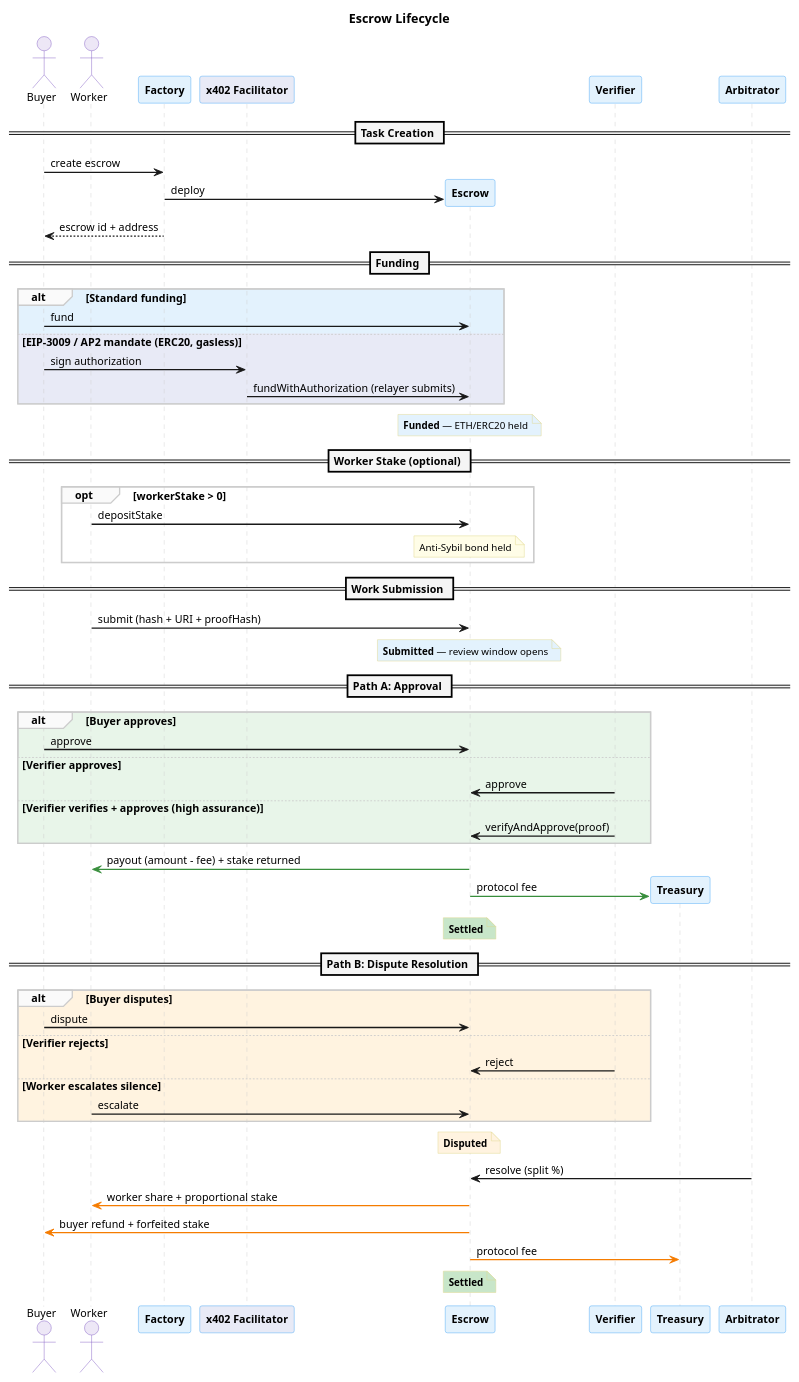
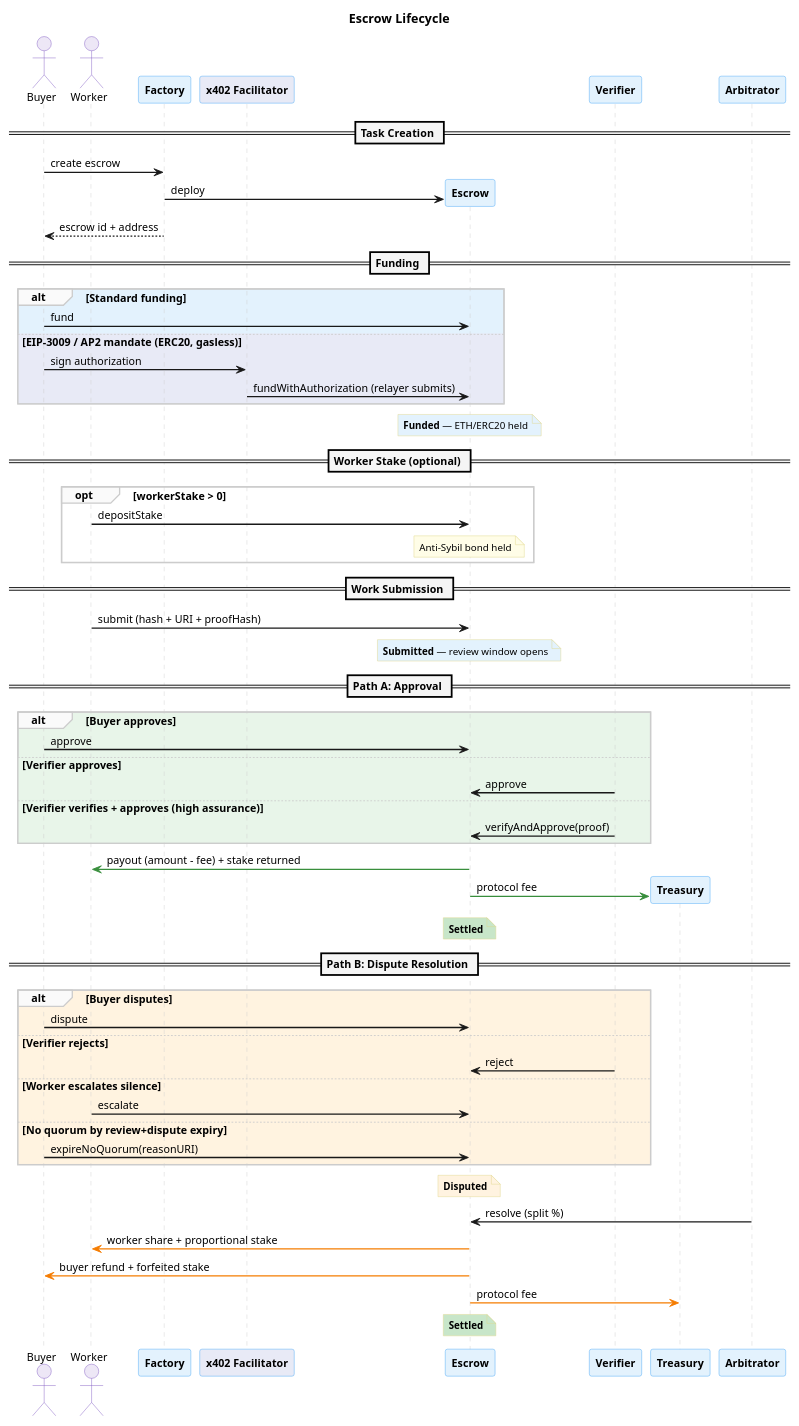
The first of 5 diagrams in docs/diagrams/lifecycle-sequence.puml (eddiefleurent/agent-escrow), drawn with PlantUML before and after one commit. The commit also changed 13 other files, not shown here.

First line of the commit message:
fix: add no-quorum expiry while preserving contract size limits

```diff
--- a/docs/diagrams/lifecycle-sequence.puml
+++ b/docs/diagrams/lifecycle-sequence.puml
@@ -1,98 +1,100 @@
 @startuml lifecycle-sequence
 skinparam backgroundColor #FFFFFF
 skinparam defaultFontName "Helvetica"
 skinparam defaultFontSize 12
 skinparam shadowing false
 skinparam sequenceArrowThickness 1.5
 skinparam sequenceLifeLineBorderColor #CCCCCC
 skinparam sequenceDividerBackgroundColor #F5F5F5
 skinparam sequenceDividerFontStyle bold
 skinparam sequenceGroupBackgroundColor #FAFAFA
 skinparam sequenceGroupBorderColor #CCCCCC
 
 skinparam participant {
   BorderColor #42A5F5
   BackgroundColor #E3F2FD
   FontStyle bold
 }
 
 skinparam actor {
   BorderColor #7E57C2
   BackgroundColor #EDE7F6
 }
 
 skinparam note {
   BackgroundColor #FFFDE7
   BorderColor #E0D68A
   FontSize 11
 }
 
 title Escrow Lifecycle
 
 actor "Buyer" as buyer
 actor "Worker" as worker
 participant "Factory" as factory
 participant "x402 Facilitator" as facilitator #E8EAF6
 
 == Task Creation ==
 
 buyer -> factory : create escrow
 factory -> "Escrow" as escrow ** : deploy
 factory --> buyer : escrow id + address
 
 == Funding ==
 
 alt #E3F2FD Standard funding
   buyer -> escrow : fund
 else #E8EAF6 EIP-3009 / AP2 mandate (ERC20, gasless)
   buyer -> facilitator : sign authorization
   facilitator -> escrow : fundWithAuthorization (relayer submits)
 end
 note over escrow #E3F2FD : **Funded** — ETH/ERC20 held
 
 == Worker Stake (optional) ==
 
 opt workerStake > 0
   worker -> escrow : depositStake
   note over escrow #FFFDE7 : Anti-Sybil bond held
 end
 
 == Work Submission ==
 
 worker -> escrow : submit (hash + URI + proofHash)
 note over escrow #E3F2FD : **Submitted** — review window opens
 
 == Path A: Approval ==
 
 alt #E8F5E9 Buyer approves
   buyer -> escrow : approve
 else #E8F5E9 Verifier approves
   "Verifier" as verifier -> escrow : approve
 else #E8F5E9 Verifier verifies + approves (high assurance)
   "Verifier" as verifier -> escrow : verifyAndApprove(proof)
 end
 
 escrow -[#388E3C]> worker : payout (amount - fee) + stake returned
 escrow -[#388E3C]> "Treasury" as treasury ** #E8F5E9 : protocol fee
 note over escrow #C8E6C9 : **Settled**
 
 == Path B: Dispute Resolution ==
 
 alt #FFF3E0 Buyer disputes
   buyer -> escrow : dispute
 else #FFF3E0 Verifier rejects
   verifier -> escrow : reject
 else #FFF3E0 Worker escalates silence
   worker -> escrow : escalate
+else #FFF3E0 No quorum by review+dispute expiry
+  buyer -> escrow : expireNoQuorum(reasonURI)
 end
 
 note over escrow #FFF3E0 : **Disputed**
 
 "Arbitrator" as arbitrator -> escrow : resolve (split %)
 
 escrow -[#F57C00]> worker : worker share + proportional stake
 escrow -[#F57C00]> buyer : buyer refund + forfeited stake
 escrow -[#F57C00]> treasury : protocol fee
 note over escrow #C8E6C9 : **Settled**
 
 @enduml
```
